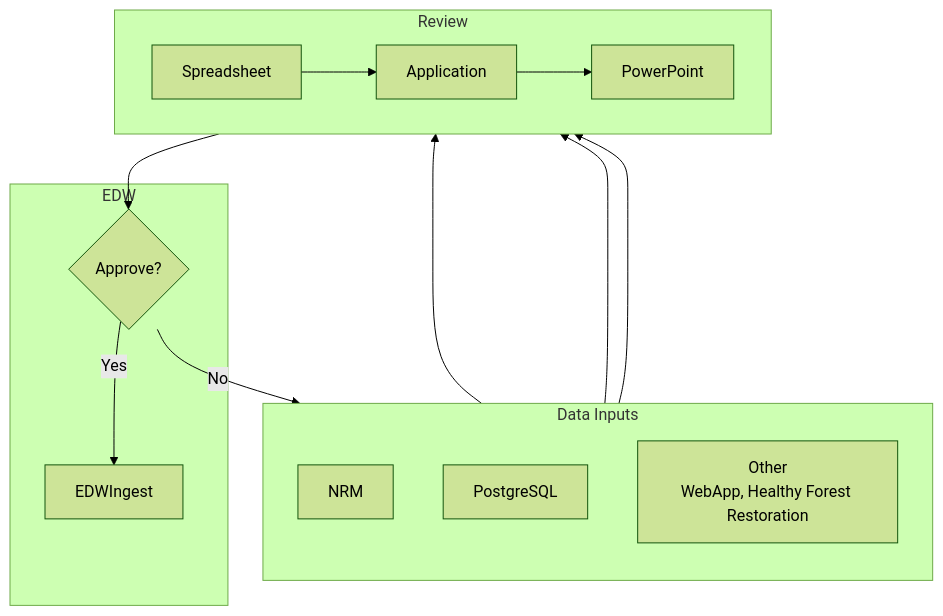
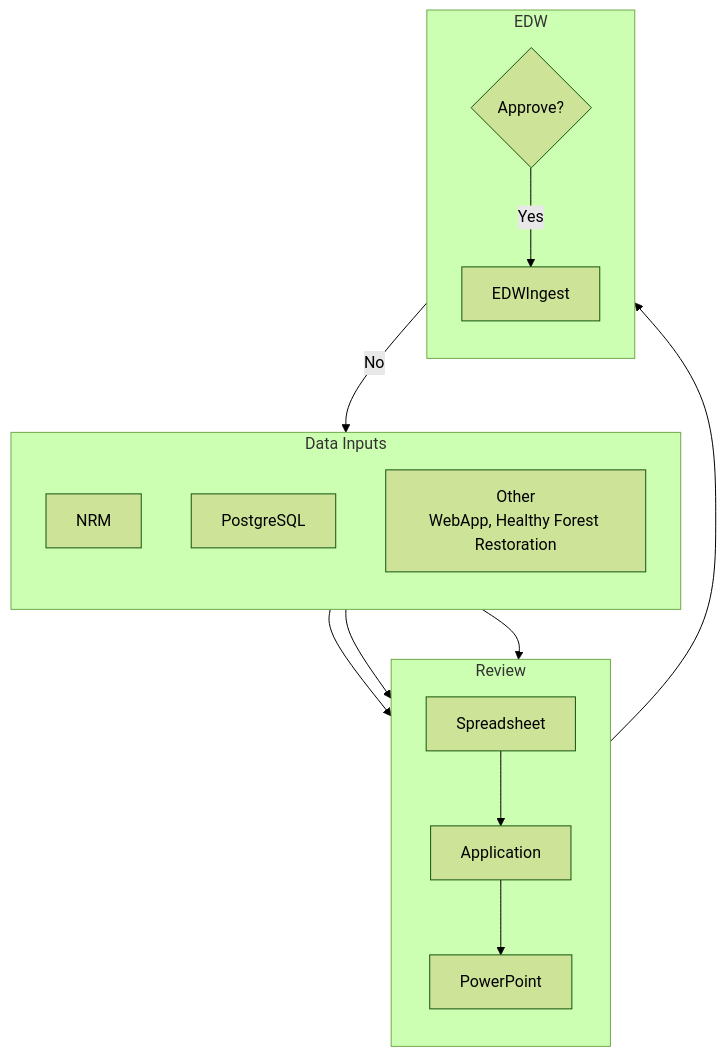
The diagram in docs/metadata-architecture.md (forestbytes/catalog), drawn with Mermaid (forest theme) before and after one commit.

Commit message:
I like this better

````diff
--- a/docs/metadata-architecture.md
+++ b/docs/metadata-architecture.md
@@ -1,28 +1,29 @@
 ```mermaid
 
-flowchart
+flowchart TB
   subgraph Inputs[Data Inputs]
       direction TB
       NRM
       PostgreSQL
       Other[Other<br>WebApp, Healthy Forest Restoration]     
   end
 
   subgraph Review
-    direction LR
+    direction TB
     Spreadsheet --> Application --> PowerPoint
   end
 
   NRM --> Spreadsheet
   PostgreSQL --> Spreadsheet
   Other --> Spreadsheet
 
   subgraph EDW
+    direction TB
     Approve{Approve?}
     EDWIngest
   end
 
   PowerPoint --> Approve
   Approve --> |Yes| EDWIngest
   Approve --> |No| Inputs
 ```
````
